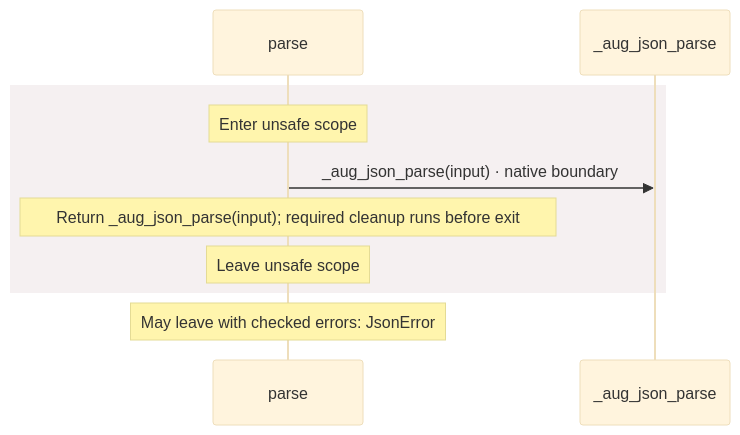
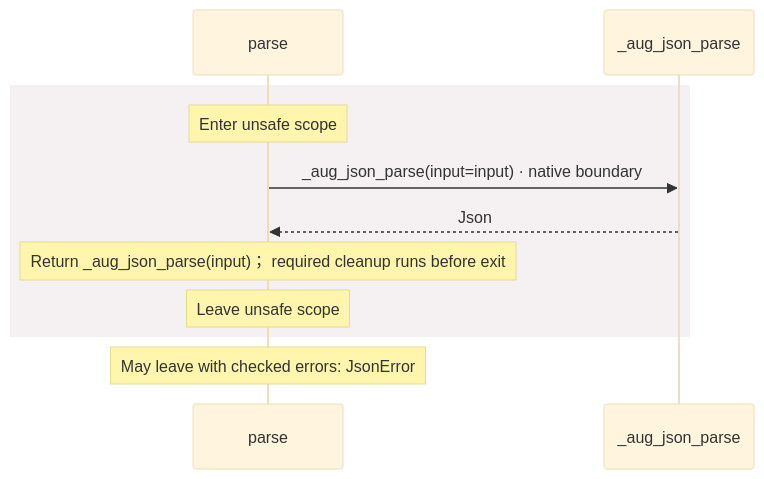
Before and after one commit to GreenPandaStudios/augscript: the second of 2 diagrams in docs/examples/json-benchmark/dependencies/packages/@git/url_2d3c37c690c0fa115be1/0.0.0-git.a39fc582565d4fca40be4f75fa304d71adc69301/contracts-diagrams.md, drawn with Mermaid (base theme). The commit also changed other lines of this file and 524 other files, not shown here.

Commit message:
Explain checked data flow at folder and service levels

````diff
--- a/docs/examples/json-benchmark/dependencies/packages/@git/url_2d3c37c690c0fa115be1/0.0.0-git.a39fc582565d4fca40be4f75fa304d71adc69301/contracts-diagrams.md
+++ b/docs/examples/json-benchmark/dependencies/packages/@git/url_2d3c37c690c0fa115be1/0.0.0-git.a39fc582565d4fca40be4f75fa304d71adc69301/contracts-diagrams.md
@@ -54,12 +47,13 @@
 ```mermaid
 sequenceDiagram
     participant p0 as parse
     participant p1 as _aug_json_parse
     rect rgb(245, 240, 241)
     Note over p0: Enter unsafe scope
-    p0->>p1: _aug_json_parse(input) · native boundary
-    Note over p0: Return _aug_json_parse(input)#59; required cleanup runs before exit
+    p0->>p1: _aug_json_parse(input=input) · native boundary
+    p1-->>p0: Json
+    Note over p0: Return _aug_json_parse(input)； required cleanup runs before exit
     Note over p0: Leave unsafe scope
     end
     Note over p0: May leave with checked errors: JsonError
 ```
````
